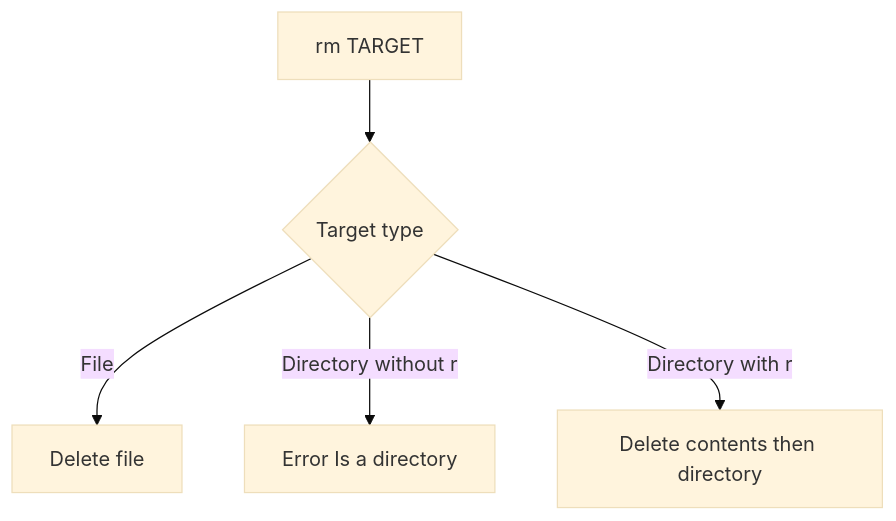
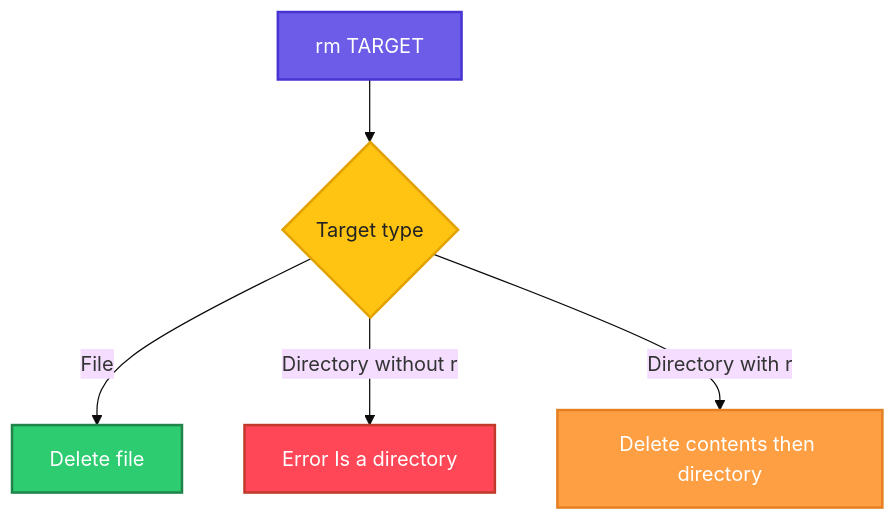
One commit to codeKerdosTech/DevOps-Documentation changed the diagram in linux/file-management/rm.md. Above: the diagram before and after it, drawn with Mermaid (base theme). The commit also changed 16 other files, not shown here.

````diff
--- a/linux/file-management/rm.md
+++ b/linux/file-management/rm.md
@@ -14,7 +14,19 @@
 ```mermaid
 flowchart TD
     A[rm TARGET] --> B{Target type}
     B -->|File| C[Delete file]
     B -->|Directory without r| D[Error Is a directory]
     B -->|Directory with r| E[Delete contents then directory]
+    classDef start fill:#6C5CE7,stroke:#4834D4,stroke-width:2px,color:#fff
+    classDef proc fill:#00B8D9,stroke:#0087A8,stroke-width:2px,color:#fff
+    classDef dec fill:#FFC312,stroke:#E1A100,stroke-width:2px,color:#222
+    classDef ok fill:#2ECC71,stroke:#1E8449,stroke-width:2px,color:#fff
+    classDef err fill:#FF4757,stroke:#C0392B,stroke-width:2px,color:#fff
+    classDef out fill:#FD79A8,stroke:#E84393,stroke-width:2px,color:#fff
+    classDef alt fill:#FF9F43,stroke:#E67E22,stroke-width:2px,color:#fff
+    class A start
+    class B dec
+    class C ok
+    class D err
+    class E alt
 ```
````
